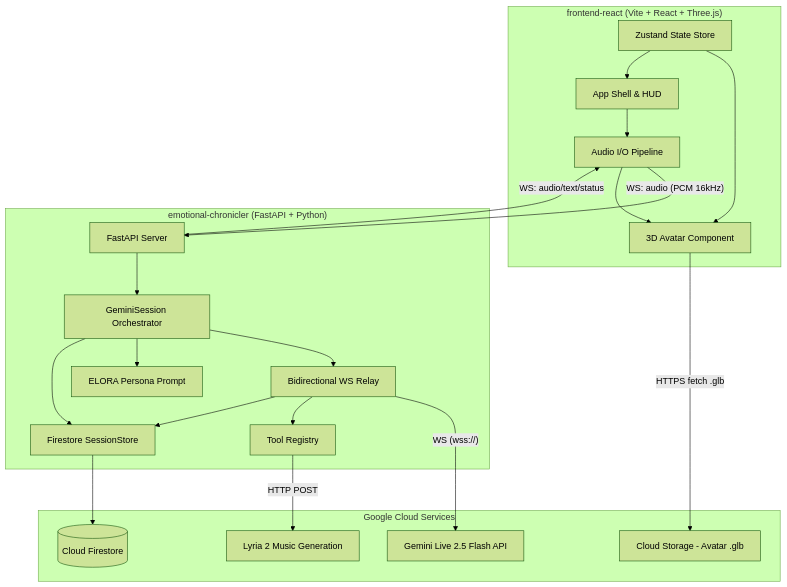
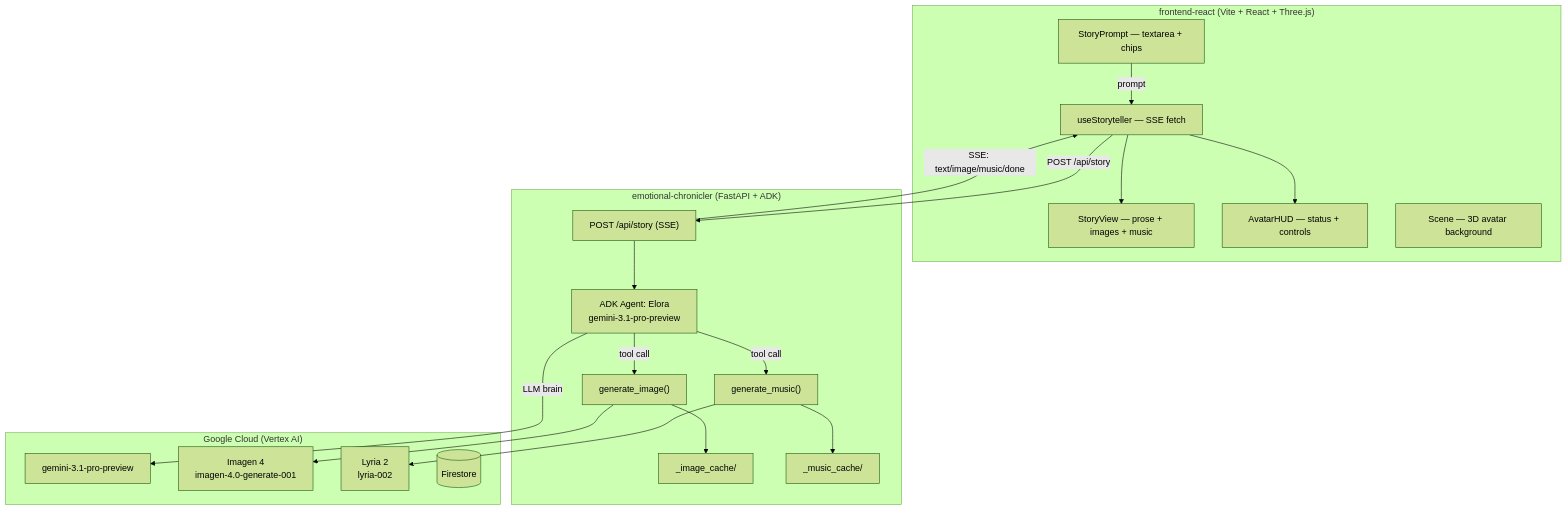
Before and after one commit to Aravindmodala/gemini_hackathon: the diagram in repo_info.md, drawn with Mermaid (forest theme). The commit also changed other lines of this file and 96 other files, not shown here.

First line of the commit message:
feat: migrate to ADK + SSE architecture and fix REST API design

````diff
--- a/repo_info.md
+++ b/repo_info.md
@@ -11,43 +433,40 @@
 ```mermaid
 graph TB
     subgraph Frontend["frontend-react (Vite + React + Three.js)"]
-        UI[App Shell & HUD]
-        Avatar3D[3D Avatar Component]
-        AudioIO[Audio I/O Pipeline]
-        Store[Zustand State Store]
+        SP[StoryPrompt — textarea + chips]
+        SV[StoryView — prose + images + music]
+        HUD[AvatarHUD — status + controls]
+        Scene3D[Scene — 3D avatar background]
+        Hook[useStoryteller — SSE fetch]
     end
 
-    subgraph Backend["emotional-chronicler (FastAPI + Python)"]
-        Server[FastAPI Server]
-        Session[GeminiSession Orchestrator]
-        Relay[Bidirectional WS Relay]
-        Tools[Tool Registry]
-        Prompts[ELORA Persona Prompt]
-        Firestore[Firestore SessionStore]
+    subgraph Backend["emotional-chronicler (FastAPI + ADK)"]
+        Routes["POST /api/story (SSE)"]
+        Agent["ADK Agent: Elora\ngemini-3.1-pro-preview"]
+        ImgTool["generate_image()"]
+        MusicTool["generate_music()"]
+        ImageCache["_image_cache/"]
+        MusicCache["_music_cache/"]
     end
 
-    subgraph Google["Google Cloud Services"]
-        GeminiLive[Gemini Live 2.5 Flash API]
-        Lyria[Lyria 2 Music Generation]
-        GCS[Cloud Storage - Avatar .glb]
-        FS[(Cloud Firestore)]
+    subgraph Google["Google Cloud (Vertex AI)"]
+        Gemini["gemini-3.1-pro-preview"]
+        Imagen["Imagen 4\nimagen-4.0-generate-001"]
+        Lyria["Lyria 2\nlyria-002"]
+        FS[(Firestore)]
     end
 
-    UI --> AudioIO
-    AudioIO -->|"WS: audio (PCM 16kHz)"| Server
-    Server -->|"WS: audio/text/status"| AudioIO
-    AudioIO --> Avatar3D
-    Store --> Avatar3D
-    Store --> UI
-
-    Server --> Session
-    Session --> Relay
-    Relay -->|"WS (wss://)"| GeminiLive
-    Session --> Prompts
-    Session --> Firestore
-    Relay --> Tools
-    Relay --> Firestore
-    Tools -->|"HTTP POST"| Lyria
-    Firestore --> FS
-    Avatar3D -->|"HTTPS fetch .glb"| GCS
+    SP -->|prompt| Hook
+    Hook -->|POST /api/story| Routes
+    Routes --> Agent
+    Agent -->|LLM brain| Gemini
+    Agent -->|tool call| ImgTool
+    Agent -->|tool call| MusicTool
+    ImgTool --> Imagen
+    ImgTool --> ImageCache
+    MusicTool --> Lyria
+    MusicTool --> MusicCache
+    Routes -->|SSE: text/image/music/done| Hook
+    Hook --> SV
+    Hook --> HUD
 ```
````
